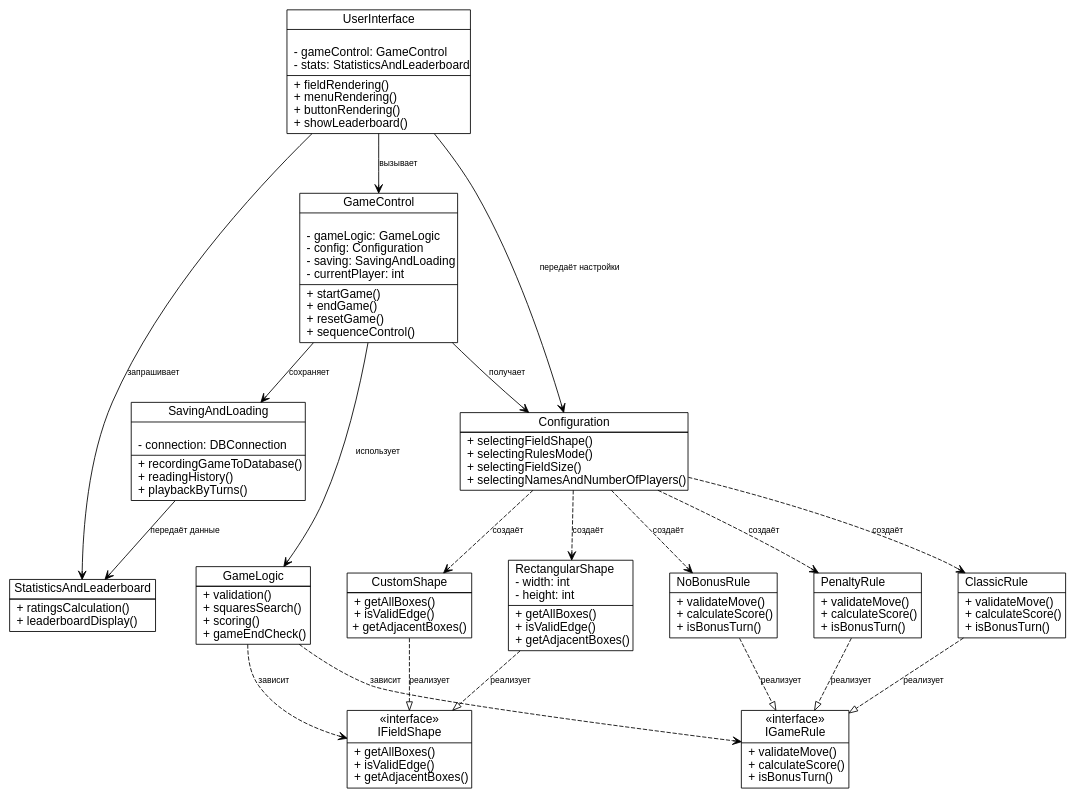
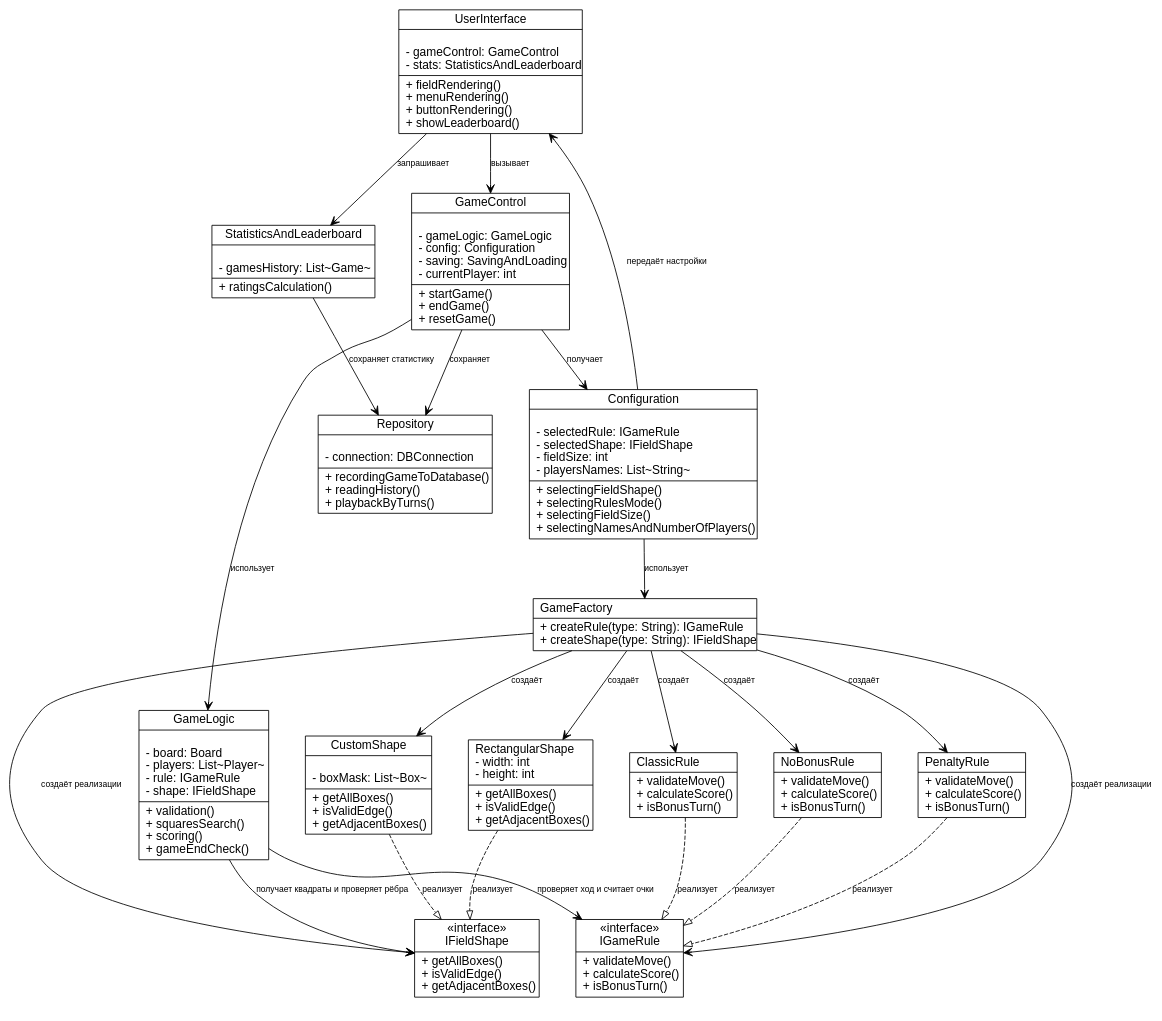
One commit to roriess/dots-and-boxes-assistant changed the diagram in architecture/classDiagram.dot. Above: the diagram before and after it, drawn with Graphviz. The commit also changed 2 other files, not shown here.

Commit message:
fixed architecture

```diff
--- a/architecture/classDiagram.dot
+++ b/architecture/classDiagram.dot
@@ -1,47 +1,63 @@
 digraph ClassDiagram {
     rankdir=TB;
     nodesep=0.6;
     ranksep=0.8;
     node [shape=record, fontname="Arial"];
     edge [fontname="Arial", fontsize=10];
 
-    IGameRule [label = "{«interface»\nIGameRule\n|+ validateMove()\l+ calculateScore()\l+ isBonusTurn()\l}", shape=record];
-    IFieldShape [label = "{«interface»\nIFieldShape\n|+ getAllBoxes()\l+ isValidEdge()\l+ getAdjacentBoxes()\l}", shape=record];
-
-    ClassicRule [label = "{ClassicRule\l|+ validateMove()\l+ calculateScore()\l+ isBonusTurn()\l}"];
-    NoBonusRule [label = "{NoBonusRule\l|+ validateMove()\l+ calculateScore()\l+ isBonusTurn()\l}"];
-    PenaltyRule [label = "{PenaltyRule\l|+ validateMove()\l+ calculateScore()\l+ isBonusTurn()\l}"];
-
-    RectangularShape [label = "{RectangularShape\l- width: int\l- height: int\l|+ getAllBoxes()\l+ isValidEdge()\l+ getAdjacentBoxes()\l}"];
-    CustomShape [label = "{CustomShape|- boxMask: List<Box>|+ getAllBoxes()\l+ isValidEdge()\l+ getAdjacentBoxes()}"];
+    subgraph cluster_0 {
+        color = white;
+        IGameRule [label = "{«interface»\nIGameRule\n|+ validateMove()\l+ calculateScore()\l+ isBonusTurn()\l}", shape=record];
+        IFieldShape [label = "{«interface»\nIFieldShape\n|+ getAllBoxes()\l+ isValidEdge()\l+ getAdjacentBoxes()\l}", shape=record];
+    }
 
     UI [label = "{UserInterface|\l- gameControl: GameControl\l- stats: StatisticsAndLeaderboard\l|+ fieldRendering()\l+ menuRendering()\l+ buttonRendering()\l+ showLeaderboard()\l}"];
-    GameControl [label = "{GameControl|\l- gameLogic: GameLogic\l- config: Configuration\l- saving: SavingAndLoading\l- currentPlayer: int\l|+ startGame()\l+ endGame()\l+ resetGame()\l+ sequenceControl()\l}"];
-    GameLogic [label = "{GameLogic|\l- board: Board\l- players: List<Player>\l- rule: IGameRule\l- shape: IFieldShape\l|+ validation()\l+ squaresSearch()\l+ scoring()\l+ gameEndCheck()\l}"];
-    Configuration [label = "{Configuration|\l- selectedRule: IGameRule\l- selectedShape: IFieldShape\l- fieldSize: int\l- playersNames: List<String>\l|+ selectingFieldShape()\l+ selectingRulesMode()\l+ selectingFieldSize()\l+ selectingNamesAndNumberOfPlayers()\l}"];
-    SavingLoading [label = "{SavingAndLoading|\l- connection: DBConnection\l|+ recordingGameToDatabase()\l+ readingHistory()\l+ playbackByTurns()\l}"];
-    Stats [label = "{StatisticsAndLeaderboard|\l- gamesHistory: List<Game>\l|+ ratingsCalculation()\l+ leaderboardDisplay()\l}"];
+    GameControl [label = "{GameControl|\l- gameLogic: GameLogic\l- config: Configuration\l- saving: SavingAndLoading\l- currentPlayer: int\l|+ startGame()\l+ endGame()\l+ resetGame()\l}"];
+
+    Stats [label = "{StatisticsAndLeaderboard|\l- gamesHistory: List~Game~\l|+ ratingsCalculation()\l}"];
+    GameLogic [label = "{GameLogic|\l- board: Board\l- players: List~Player~\l- rule: IGameRule\l- shape: IFieldShape\l|+ validation()\l+ squaresSearch()\l+ scoring()\l+ gameEndCheck()\l}"];
+
+    subgraph cluster_1 {
+        color = white;
+        CustomShape [label = "{CustomShape|\l- boxMask: List~Box~\l|+ getAllBoxes()\l+ isValidEdge()\l+ getAdjacentBoxes()\l}"];
+        RectangularShape [label = "{RectangularShape\l- width: int\l- height: int\l|+ getAllBoxes()\l+ isValidEdge()\l+ getAdjacentBoxes()\l}"];
+        ClassicRule [label = "{ClassicRule\l|+ validateMove()\l+ calculateScore()\l+ isBonusTurn()\l}"];
+        NoBonusRule [label = "{NoBonusRule\l|+ validateMove()\l+ calculateScore()\l+ isBonusTurn()\l}"];
+        PenaltyRule [label = "{PenaltyRule\l|+ validateMove()\l+ calculateScore()\l+ isBonusTurn()\l}"];
+    }
+
+    subgraph cluster_3 {
+        color = white;
+        SavingLoading [label = "{Repository|\l- connection: DBConnection\l|+ recordingGameToDatabase()\l+ readingHistory()\l+ playbackByTurns()\l}"];
+        Configuration [label = "{Configuration|\l- selectedRule: IGameRule\l- selectedShape: IFieldShape\l- fieldSize: int\l- playersNames: List~String~\l|+ selectingFieldShape()\l+ selectingRulesMode()\l+ selectingFieldSize()\l+ selectingNamesAndNumberOfPlayers()\l}"];
+        GameFactory [label = "{GameFactory\l|+ createRule(type: String): IGameRule\l+ createShape(type: String): IFieldShape\l}"];
+    }
+
+    Configuration -> GameFactory [arrowhead="vee", label="использует"];
+
+    GameFactory -> IGameRule [arrowhead="vee", label="создаёт реализации"];
+    GameFactory -> IFieldShape [arrowhead="vee", label="создаёт реализации"];
+
+    GameFactory -> ClassicRule [arrowhead="vee", label="создаёт"];
+    GameFactory -> NoBonusRule [arrowhead="vee", label="создаёт"];
+    GameFactory -> PenaltyRule [arrowhead="vee", label="создаёт"];
+    GameFactory -> RectangularShape [arrowhead="vee", label="создаёт"];
+    GameFactory -> CustomShape [arrowhead="vee", label="создаёт"];
 
     ClassicRule -> IGameRule [arrowhead="empty", style=dashed, label="реализует"];
     NoBonusRule -> IGameRule [arrowhead="empty", style=dashed, label="реализует"];
     PenaltyRule -> IGameRule [arrowhead="empty", style=dashed, label="реализует"];
     RectangularShape -> IFieldShape [arrowhead="empty", style=dashed, label="реализует"];
     CustomShape -> IFieldShape [arrowhead="empty", style=dashed, label="реализует"];
 
     UI -> GameControl [arrowhead="vee", label="вызывает"];
     UI -> Stats [arrowhead="vee", label="запрашивает"];
-    UI -> Configuration [arrowhead="vee", label="передаёт настройки"];
+    Configuration -> UI [arrowhead="vee", label="передаёт настройки"];
     GameControl -> GameLogic [arrowhead="vee", label="использует"];
     GameControl -> SavingLoading [arrowhead="vee", label="сохраняет"];
     GameControl -> Configuration [arrowhead="vee", label="получает"];
-    SavingLoading -> Stats [arrowhead="vee", label="передаёт данные"];
+    Stats -> SavingLoading [arrowhead="vee", label="сохраняет статистику"];
 
-    Configuration -> ClassicRule [style=dashed, arrowhead="vee", label="создаёт"];
-    Configuration -> NoBonusRule [style=dashed, arrowhead="vee", label="создаёт"];
-    Configuration -> PenaltyRule [style=dashed, arrowhead="vee", label="создаёт"];
-    Configuration -> RectangularShape [style=dashed, arrowhead="vee", label="создаёт"];
-    Configuration -> CustomShape [style=dashed, arrowhead="vee", label="создаёт"];
-
-    GameLogic -> IGameRule [style=dashed, arrowhead="vee", label="зависит"];
-    GameLogic -> IFieldShape [style=dashed, arrowhead="vee", label="зависит"];
+    GameLogic -> IGameRule [arrowhead="vee", label="проверяет ход и считает очки"];
+    GameLogic -> IFieldShape [arrowhead="vee", label="получает квадраты и проверяет рёбра"];
 }
```
